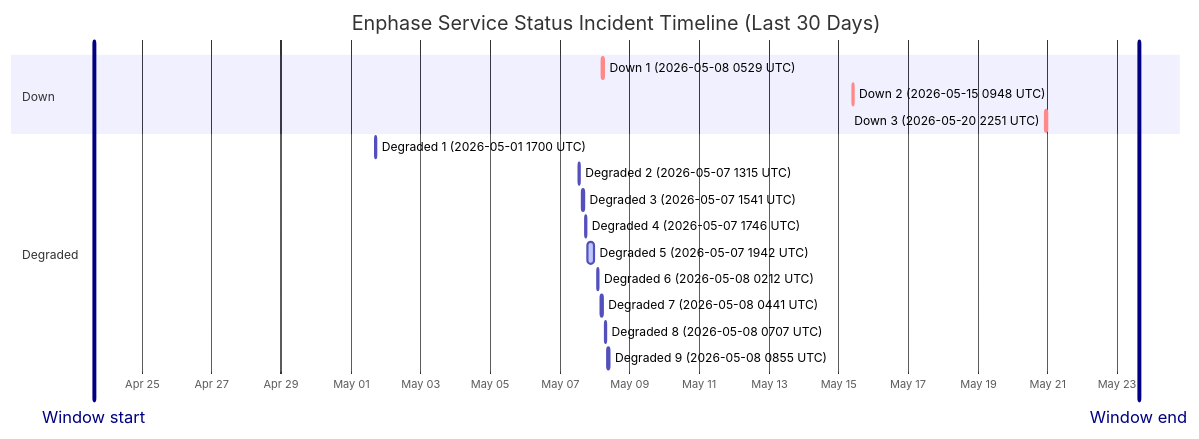
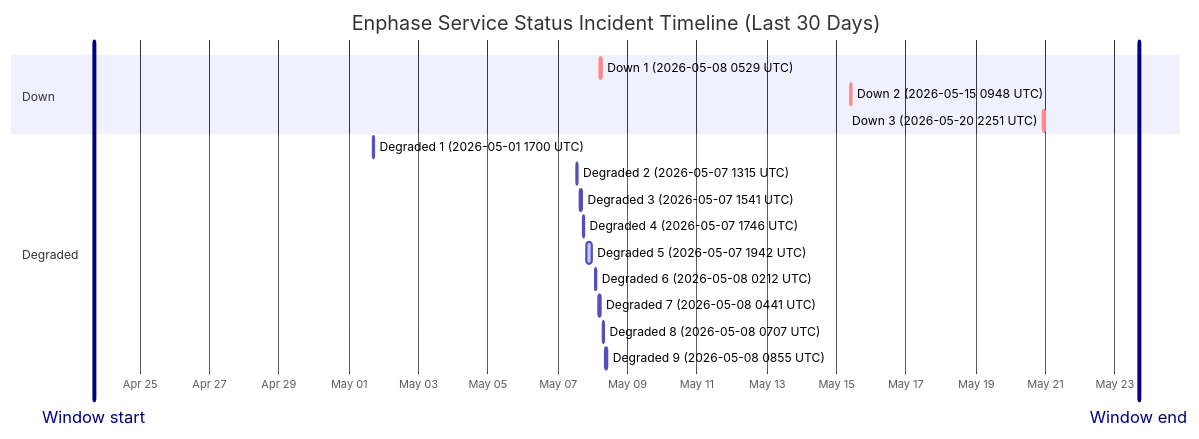
One commit to barneyonline/ha-enphase-ev-charger changed the diagram in wiki/Service-Status-History.md. Above: the diagram before and after it, drawn with Mermaid. The commit also changed other lines of this file and 3 other files, not shown here.

````diff
--- a/wiki/Service-Status-History.md
+++ b/wiki/Service-Status-History.md
@@ -14,22 +14,22 @@
 ```mermaid
 gantt
     title Enphase Service Status Incident Timeline (Last 30 Days)
     dateFormat  YYYY-MM-DDTHH:mm:ss
     axisFormat  %b %d
-    Window start :vert, window-start, 2026-04-23T15:01:52, 0ms
-    Window end :vert, window-end, 2026-05-23T15:01:52, 0ms
+    Window start :vert, window-start, 2026-04-23T16:30:29, 0ms
+    Window end :vert, window-end, 2026-05-23T16:30:29, 0ms
     section Down
     Down 1 (2026-05-08 0529 UTC) :crit, down-1, 2026-05-08T05:29:47, 60m
     Down 2 (2026-05-15 0948 UTC) :crit, down-2, 2026-05-15T09:48:18, 60m
     Down 3 (2026-05-20 2251 UTC) :crit, down-3, 2026-05-20T22:51:14, 75m
     section Degraded
     Degraded 1 (2026-05-01 1700 UTC) :active, degraded-1, 2026-05-01T17:00:22, 60m
     Degraded 2 (2026-05-07 1315 UTC) :active, degraded-2, 2026-05-07T13:15:25, 60m
     Degraded 3 (2026-05-07 1541 UTC) :active, degraded-3, 2026-05-07T15:41:58, 60m
     Degraded 4 (2026-05-07 1746 UTC) :active, degraded-4, 2026-05-07T17:46:51, 60m
     Degraded 5 (2026-05-07 1942 UTC) :active, degraded-5, 2026-05-07T19:42:10, 249m
     Degraded 6 (2026-05-08 0212 UTC) :active, degraded-6, 2026-05-08T02:12:39, 60m
     Degraded 7 (2026-05-08 0441 UTC) :active, degraded-7, 2026-05-08T04:41:46, 60m
     Degraded 8 (2026-05-08 0707 UTC) :active, degraded-8, 2026-05-08T07:07:30, 60m
     Degraded 9 (2026-05-08 0855 UTC) :active, degraded-9, 2026-05-08T08:55:20, 88m
 ```
````
